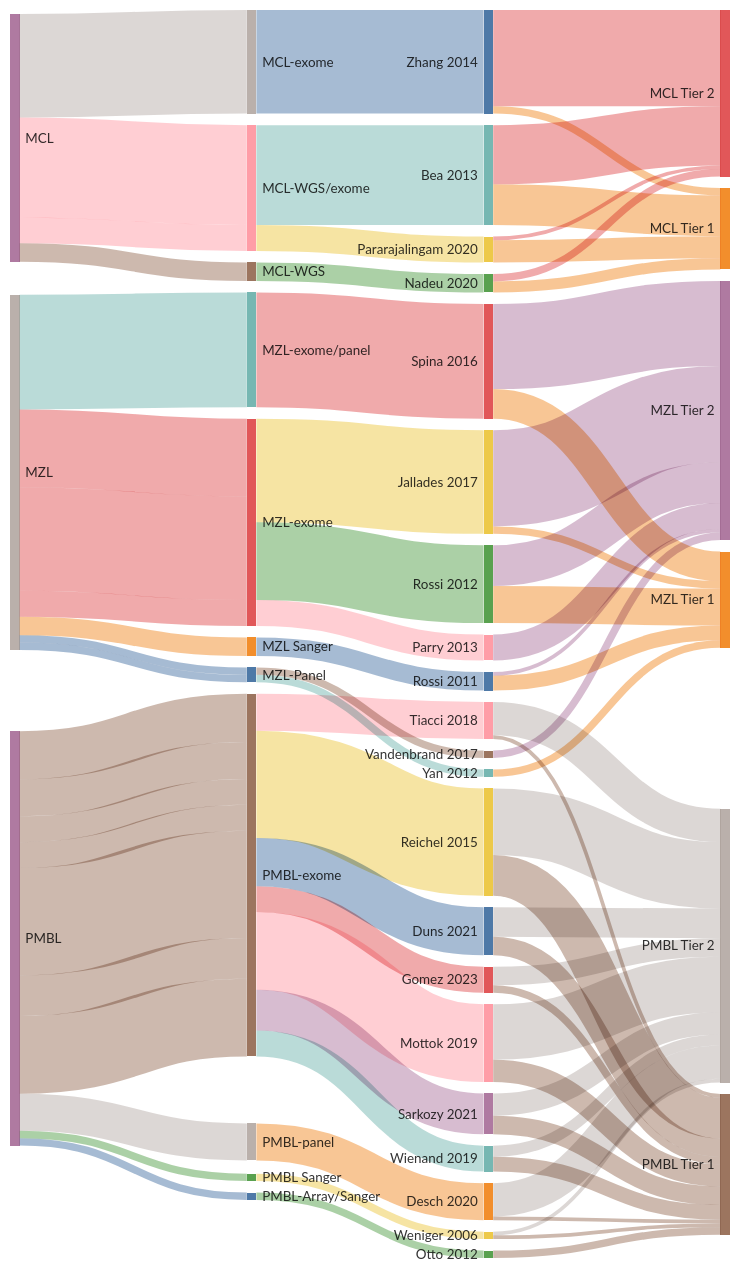
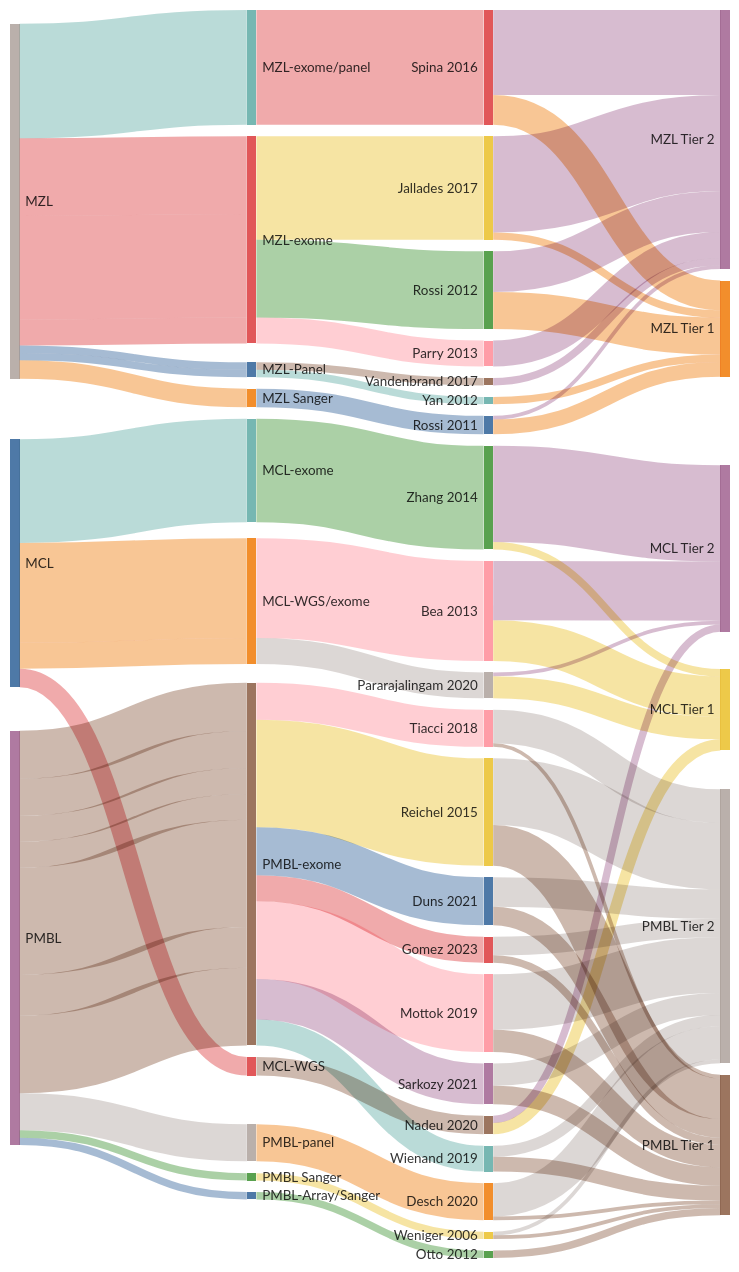
Before and after one commit to morinlab/lymphopedia: the second of 2 diagrams in Home.md, drawn with Mermaid.

```diff
--- a/Home.md
+++ b/Home.md
@@ -162,22 +162,7 @@
     nodeAlignment: right
 ---
 sankey-beta
-Zhang 2014, MCL Tier 1, 2
-Zhang 2014, MCL Tier 2, 26
-Bea 2013, MCL Tier 1, 11
-Bea 2013, MCL Tier 2, 16
-Nadeu 2020, MCL Tier 1, 3
-Nadeu 2020, MCL Tier 2, 2
-Pararajalingam 2020, MCL Tier 1, 6
-Pararajalingam 2020, MCL Tier 2, 1
-MCL, MCL-WGS/exome, 27
-MCL-WGS/exome, Bea 2013, 27
-MCL, MCL-WGS/exome, 7
-MCL-WGS/exome, Pararajalingam 2020, 7
-MCL, MCL-WGS, 5
-MCL-WGS, Nadeu 2020, 5
-MCL, MCL-exome, 28
-MCL-exome, Zhang 2014, 28
+
 Rossi 2011, MZL Tier 1, 4
 Spina 2016, MZL Tier 1, 8
 Yan 2012, MZL Tier 1, 2
@@ -207,6 +192,23 @@
 
 MZL-exome, Rossi 2012, 21
 MZL-exome, Parry 2013, 7
+
+Zhang 2014, MCL Tier 1, 2
+Zhang 2014, MCL Tier 2, 26
+Bea 2013, MCL Tier 1, 11
+Bea 2013, MCL Tier 2, 16
+Nadeu 2020, MCL Tier 1, 3
+Nadeu 2020, MCL Tier 2, 2
+Pararajalingam 2020, MCL Tier 1, 6
+Pararajalingam 2020, MCL Tier 2, 1
+MCL, MCL-WGS/exome, 27
+MCL-WGS/exome, Bea 2013, 27
+MCL, MCL-WGS/exome, 7
+MCL-WGS/exome, Pararajalingam 2020, 7
+MCL, MCL-WGS, 5
+MCL-WGS, Nadeu 2020, 5
+MCL, MCL-exome, 28
+MCL-exome, Zhang 2014, 28
 
 PMBL Sanger, Weniger 2006, 2
 PMBL, PMBL Sanger, 2
```
